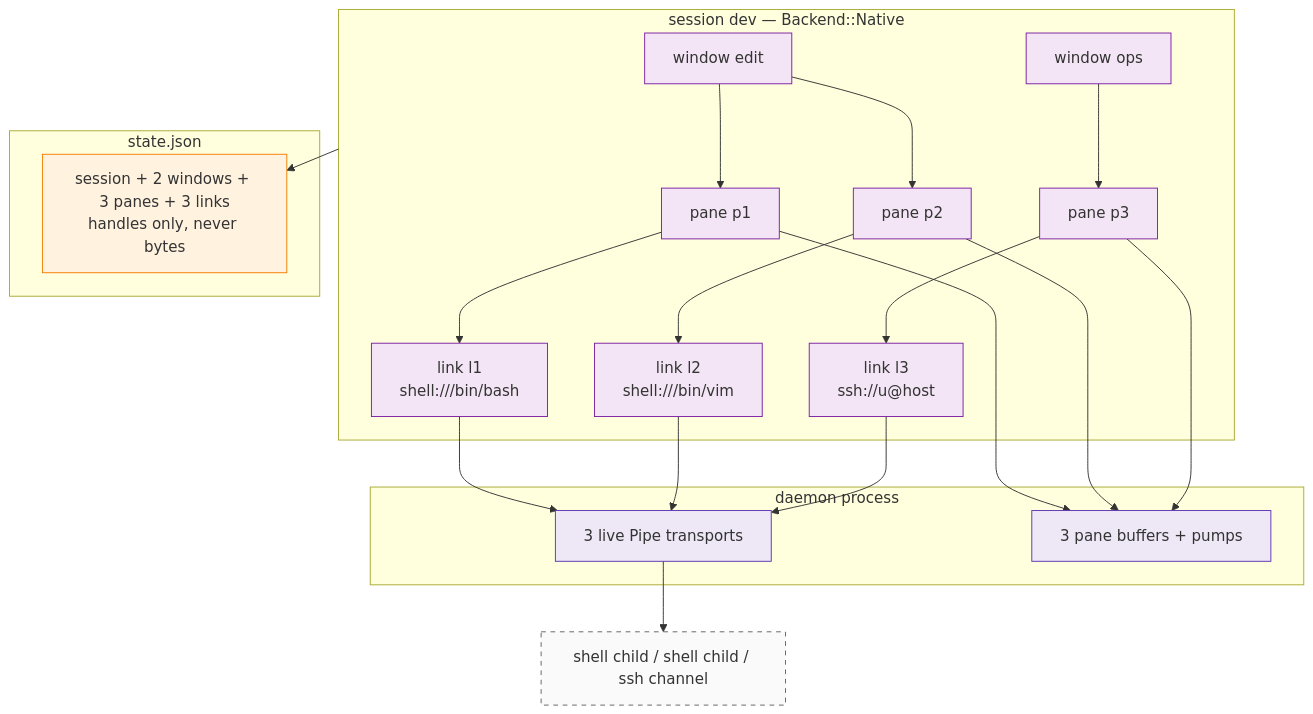
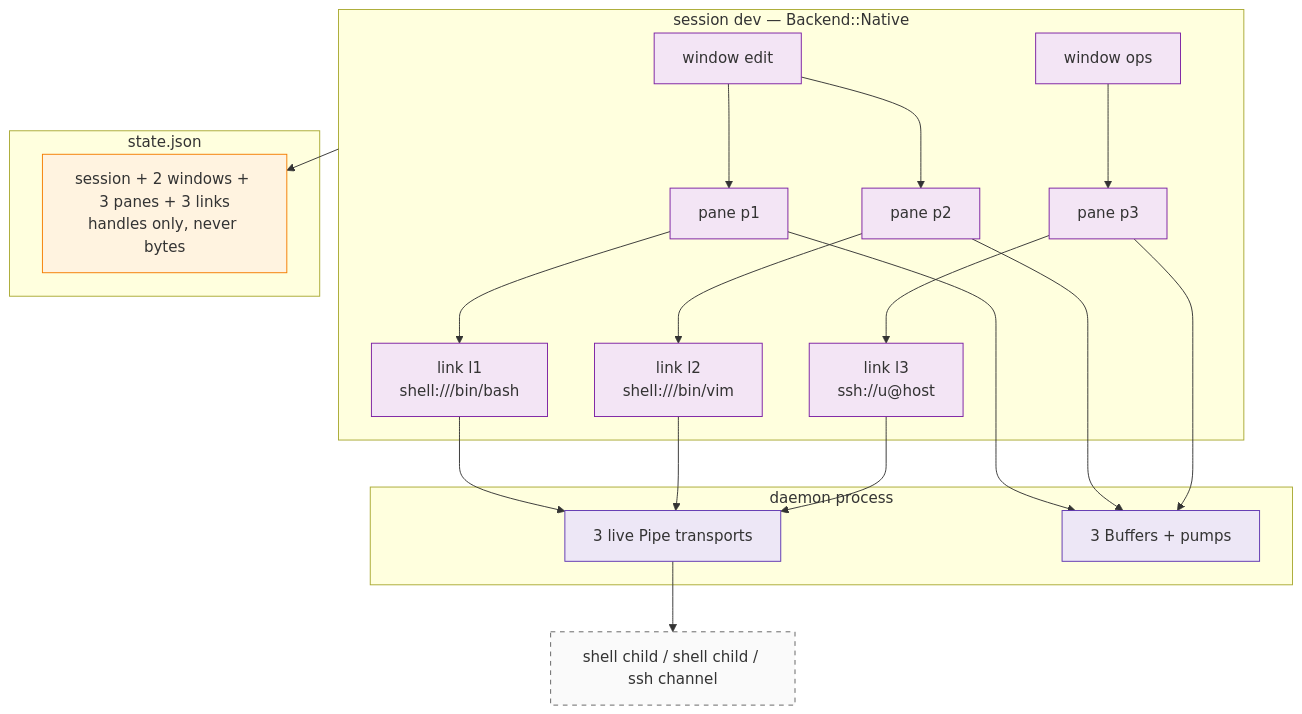
One commit to xiaoshan1234/xscore changed the first of 4 diagrams in doc/dev/arch/arch.md. Above: the diagram before and after it, drawn with Mermaid. The commit also changed other lines of this file and 57 other files, not shown here.

````diff
--- a/doc/dev/arch/arch.md
+++ b/doc/dev/arch/arch.md
@@ -336,46 +333,46 @@
 ```mermaid
 graph TB
     subgraph SESS["session dev — Backend::Native"]
         W1["window edit"]
         W2["window ops"]
         P1["pane p1"]
         P2["pane p2"]
         P3["pane p3"]
         L1["link l1<br/>shell:///bin/bash"]
         L2["link l2<br/>shell:///bin/vim"]
         L3["link l3<br/>ssh://u@host"]
         W1 --> P1
         W1 --> P2
         W2 --> P3
         P1 --> L1
         P2 --> L2
         P3 --> L3
     end
 
     subgraph D["daemon process"]
         DL["3 live Pipe transports"]
-        DP["3 pane buffers + pumps"]
+        DP["3 Buffers + pumps"]
     end
 
     subgraph ST["state.json"]
         SS["session + 2 windows + 3 panes + 3 links<br/>handles only, never bytes"]
     end
 
     L1 --> DL
     L2 --> DL
     L3 --> DL
     P1 --> DP
     P2 --> DP
     P3 --> DP
     SESS --> SS
     DL --> EXT["shell child / shell child / ssh channel"]
 
     classDef sess fill:#f3e5f5,stroke:#7b1fa2
     classDef dd fill:#ede7f6,stroke:#5e35b1
     classDef st fill:#fff3e0,stroke:#f57c00
     classDef ext fill:#fafafa,stroke:#616161,stroke-dasharray: 5 5
     class W1,W2,P1,P2,P3,L1,L2,L3 sess
     class DL,DP dd
     class SS st
     class EXT ext
 ```
````
